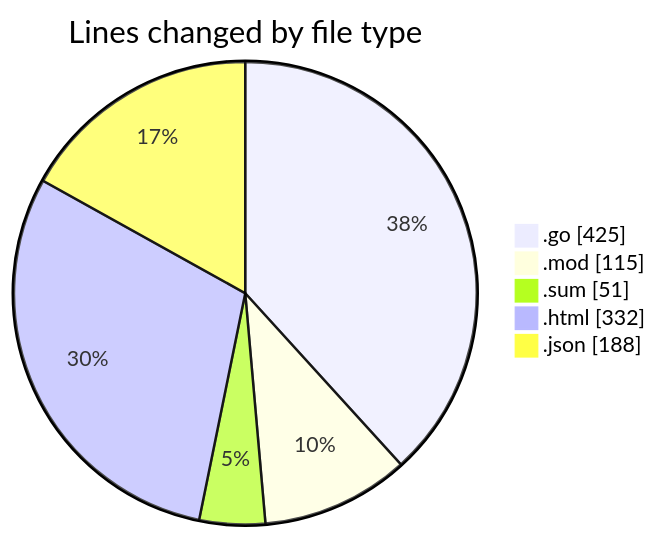
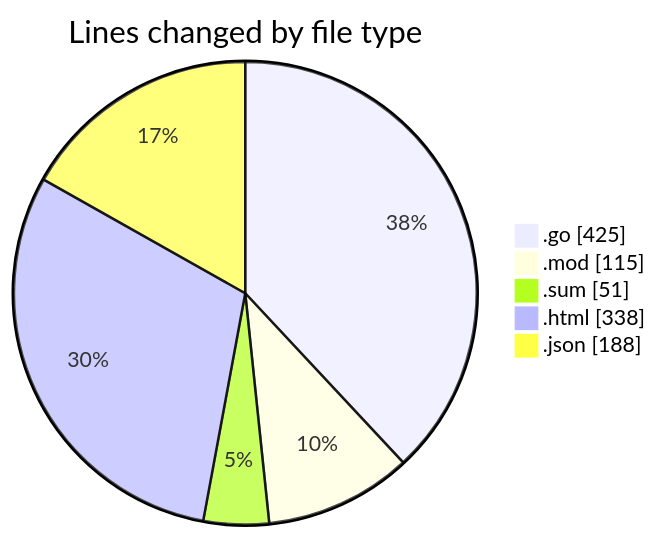
One commit to Ritupan-Deka/code-tracking changed the first of 2 diagrams in 2025-11-01/backend/README.md. Above: the diagram before and after it, drawn with Mermaid. The commit also changed other lines of this file and 1 other file, not shown here.

````diff
--- a/2025-11-01/backend/README.md
+++ b/2025-11-01/backend/README.md
@@ -34,9 +34,9 @@
 ```mermaid
 pie showData
 title Lines changed by file type
 ".go" : 425
 ".mod" : 115
 ".sum" : 51
-".html" : 332
+".html" : 338
 ".json" : 188
 ```
````
